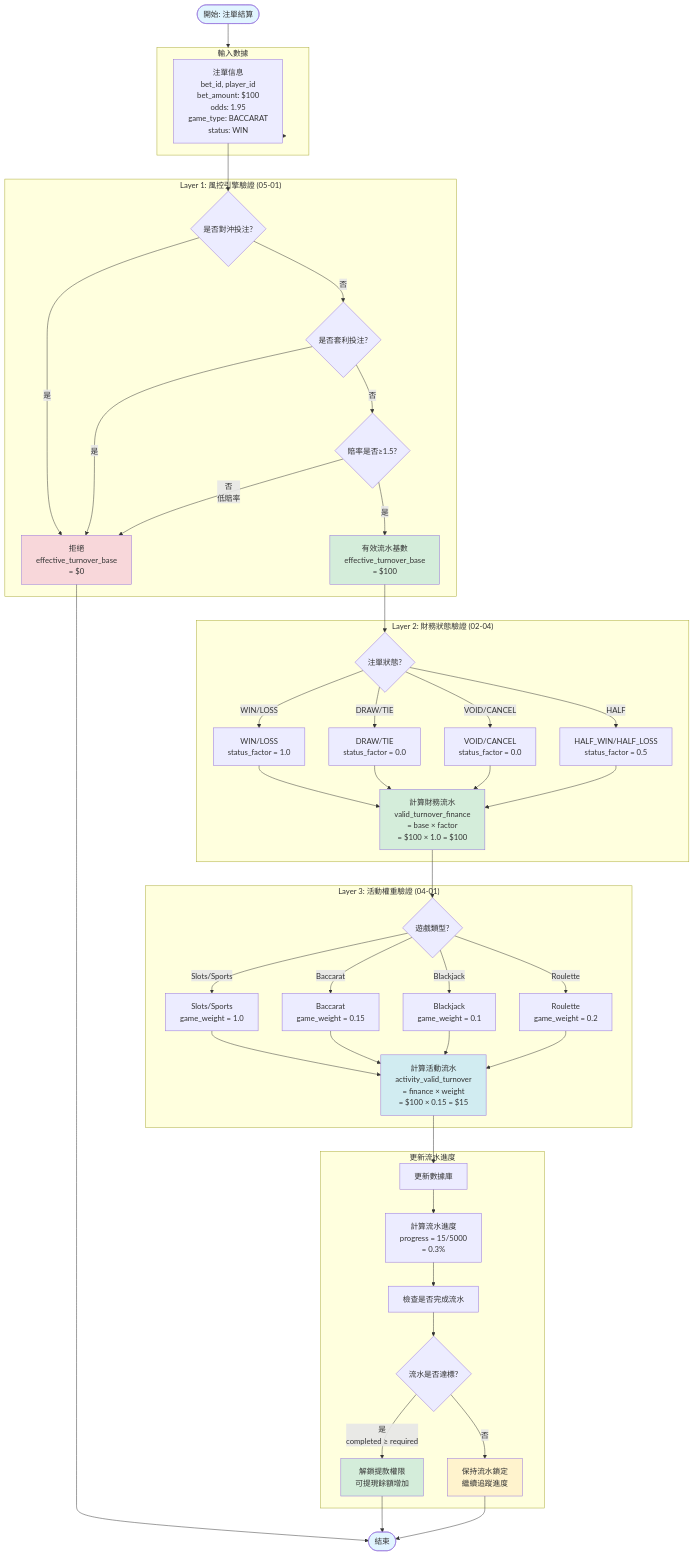
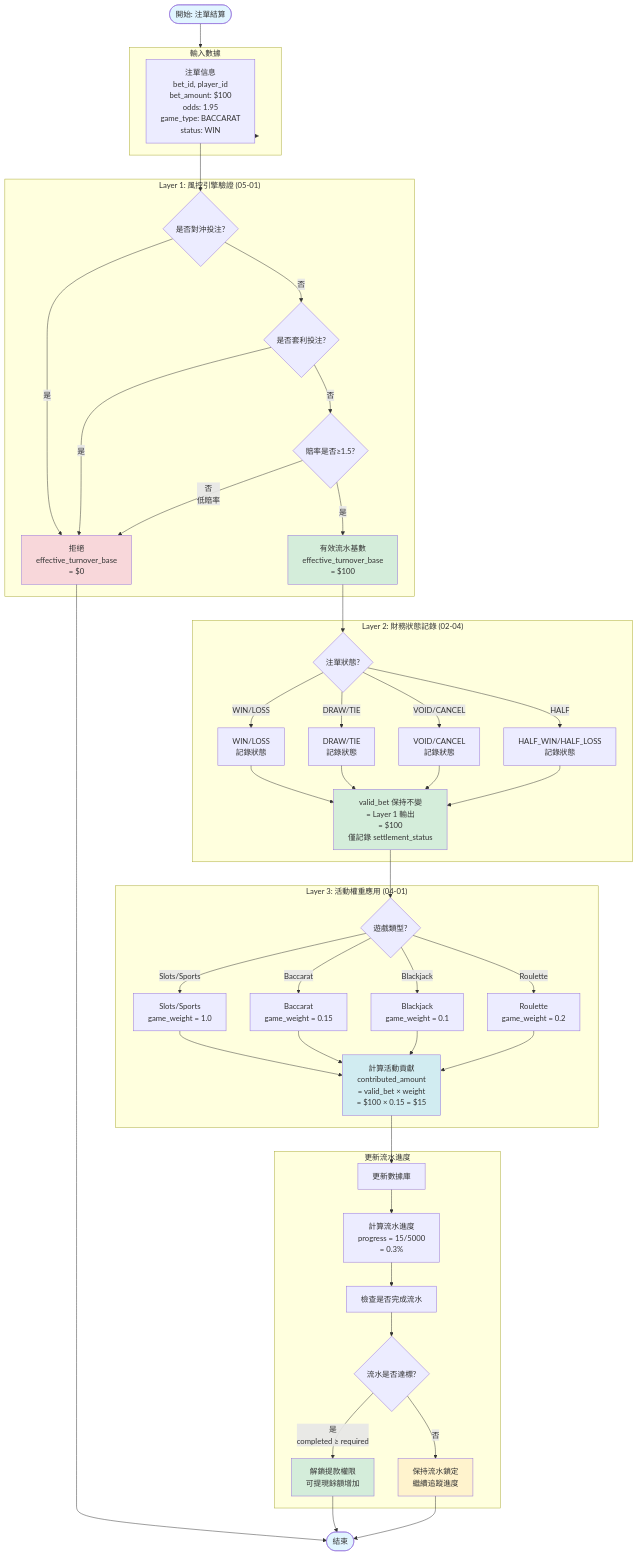
Before and after one commit to ron03wlb/smart-admin: the third of 14 diagrams in docs/IGaming/02_Finance_Center/02-04-diagrams/02-04-01_Flowcharts_and_Sequences.md, drawn with Mermaid. The commit also changed other lines of this file and 42 other files, not shown here.

```diff
--- a/docs/IGaming/02_Finance_Center/02-04-diagrams/02-04-01_Flowcharts_and_Sequences.md
+++ b/docs/IGaming/02_Finance_Center/02-04-diagrams/02-04-01_Flowcharts_and_Sequences.md
@@ -237,22 +249,22 @@
         F[拒絕<br/>effective_turnover_base<br/>= $0]
     end
 
-    subgraph Layer2["Layer 2: 財務狀態驗證 (02-04)"]
+    subgraph Layer2["Layer 2: 財務狀態記錄 (02-04)"]
         G{注單狀態?}
-        H[WIN/LOSS<br/>status_factor = 1.0]
-        I[DRAW/TIE<br/>status_factor = 0.0]
-        J[VOID/CANCEL<br/>status_factor = 0.0]
-        K[HALF_WIN/HALF_LOSS<br/>status_factor = 0.5]
-        L[計算財務流水<br/>valid_turnover_finance<br/>= base × factor<br/>= $100 × 1.0 = $100]
+        H[WIN/LOSS<br/>記錄狀態]
+        I[DRAW/TIE<br/>記錄狀態]
+        J[VOID/CANCEL<br/>記錄狀態]
+        K[HALF_WIN/HALF_LOSS<br/>記錄狀態]
+        L[valid_bet 保持不變<br/>= Layer 1 輸出<br/>= $100<br/>僅記錄 settlement_status]
     end
 
-    subgraph Layer3["Layer 3: 活動權重驗證 (04-01)"]
+    subgraph Layer3["Layer 3: 活動權重應用 (04-01)"]
         M{遊戲類型?}
         N[Slots/Sports<br/>game_weight = 1.0]
         O[Baccarat<br/>game_weight = 0.15]
         P[Blackjack<br/>game_weight = 0.1]
         Q[Roulette<br/>game_weight = 0.2]
-        R[計算活動流水<br/>activity_valid_turnover<br/>= finance × weight<br/>= $100 × 0.15 = $15]
+        R[計算活動貢獻<br/>contributed_amount<br/>= valid_bet × weight<br/>= $100 × 0.15 = $15]
     end
 
     subgraph Update["更新流水進度"]
```
